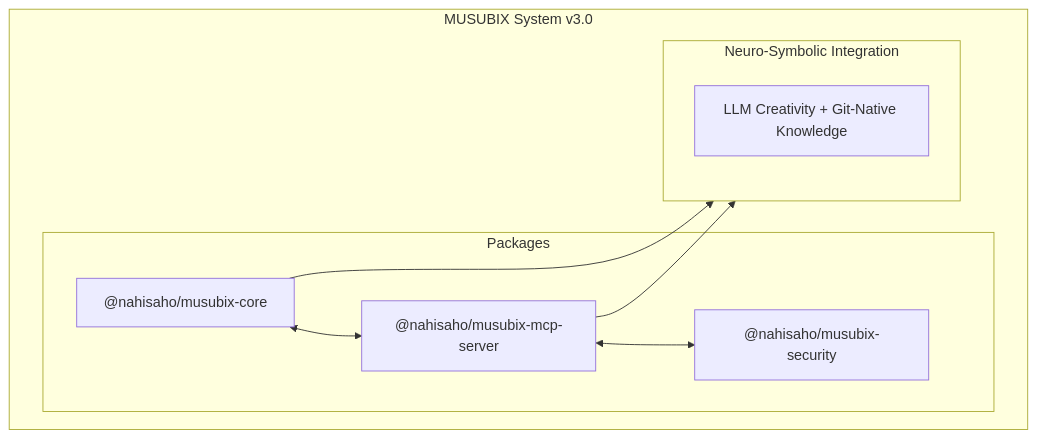
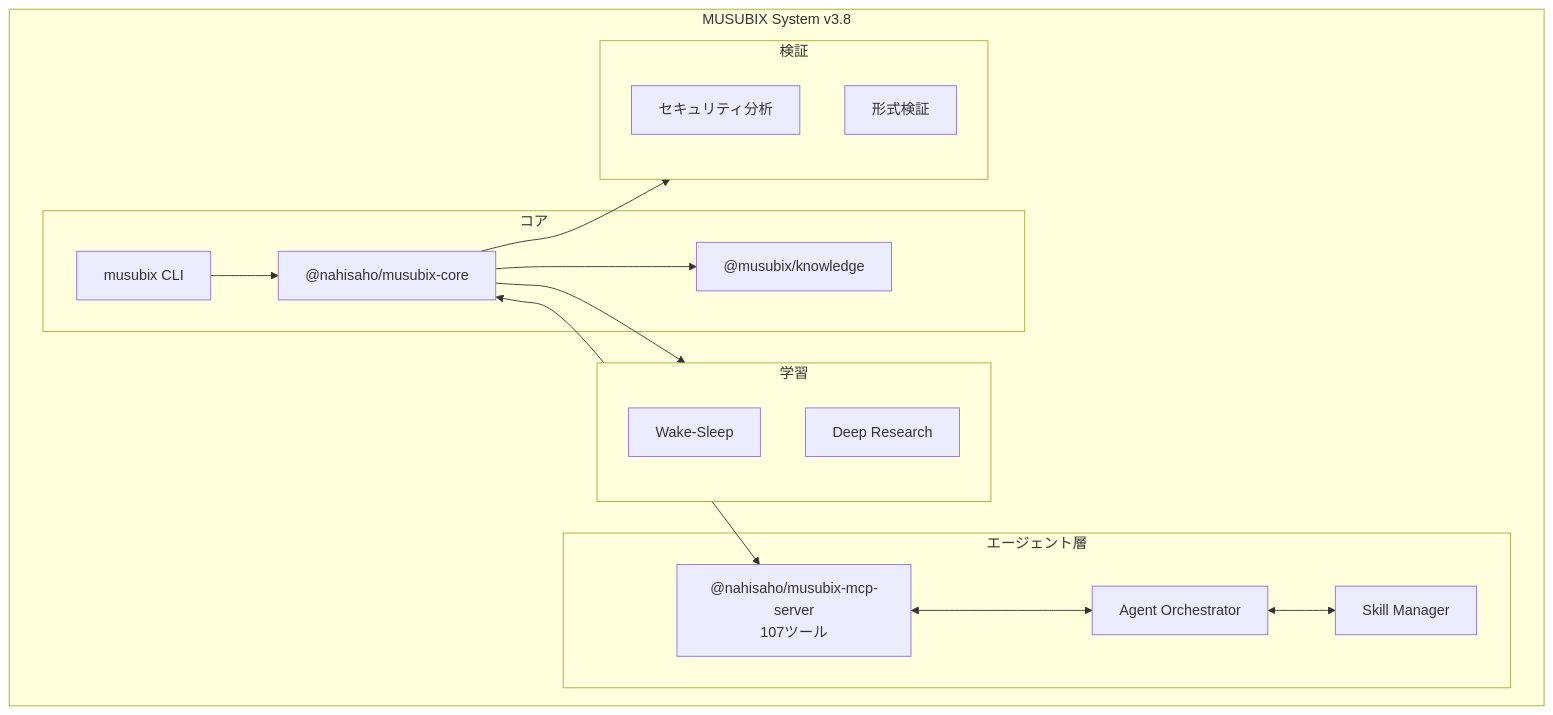
Before and after one commit to Takashi-So/MUSUBIX: the diagram in README.ja.md, drawn with Mermaid. The commit also changed other lines of this file and 32 other files, not shown here.

````diff
--- a/README.ja.md
+++ b/README.ja.md
@@ -59,20 +53,34 @@
 ```mermaid
 flowchart TB
-    subgraph MUSUBIX["MUSUBIX System v3.0"]
-        subgraph Packages["Packages"]
-            Core["@nahisaho/musubix-core"]
-            MCP["@nahisaho/musubix-mcp-server"]
-            Security["@nahisaho/musubix-security"]
+    subgraph MUSUBIX["MUSUBIX System v3.8"]
+        subgraph Core["コア"]
+            CLI["musubix CLI"]
+            CoreLib["@nahisaho/musubix-core"]
+            Knowledge["@musubix/knowledge"]
         end
-        
-        Core <--> MCP
-        MCP <--> Security
-        
-        subgraph Integration["Neuro-Symbolic Integration"]
-            NSI["LLM Creativity + Git-Native Knowledge"]
+
+        subgraph Agent["エージェント層"]
+            MCP["@nahisaho/musubix-mcp-server\n107ツール"]
+            Orchestrator["Agent Orchestrator"]
+            Skills["Skill Manager"]
         end
-        
-        Core --> Integration
-        MCP --> Integration
+
+        subgraph Learning["学習"]
+            WakeSleep["Wake-Sleep"]
+            DeepResearch["Deep Research"]
+        end
+
+        subgraph Security["検証"]
+            SecPkg["セキュリティ分析"]
+            FormalVerify["形式検証"]
+        end
+
+        CLI --> CoreLib
+        CoreLib <--> MCP
+        MCP <--> Orchestrator
+        Orchestrator <--> Skills
+        CoreLib --> Knowledge
+        CoreLib --> Learning
+        CoreLib --> Security
     end
 ```
````
